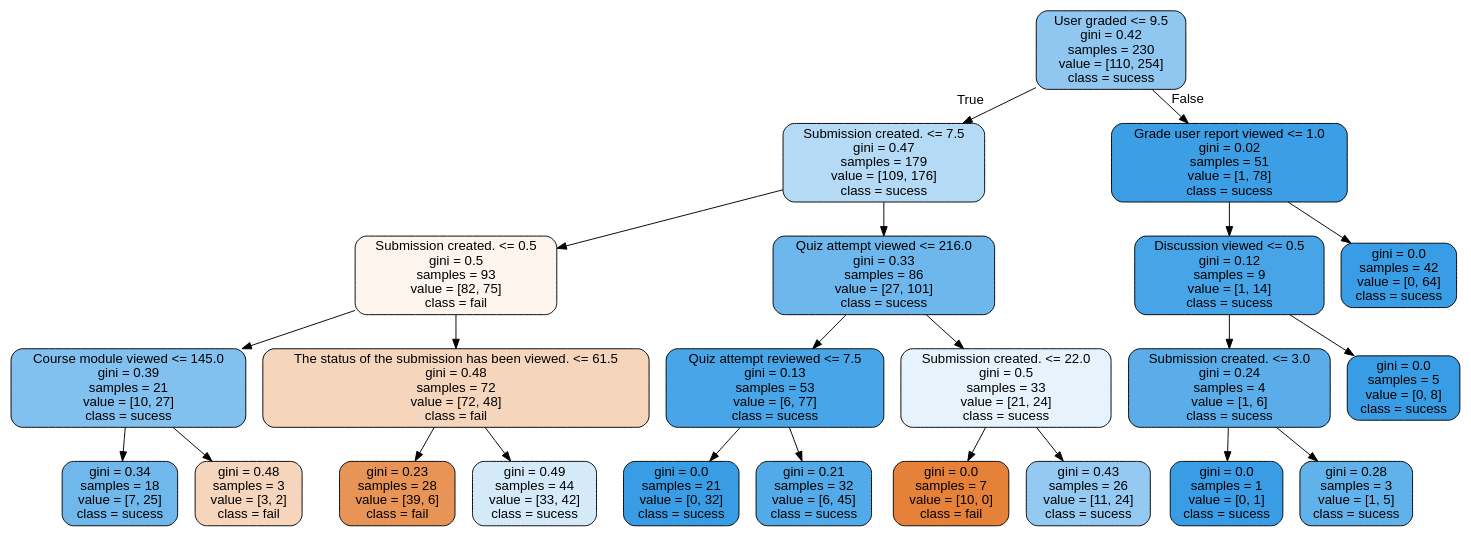
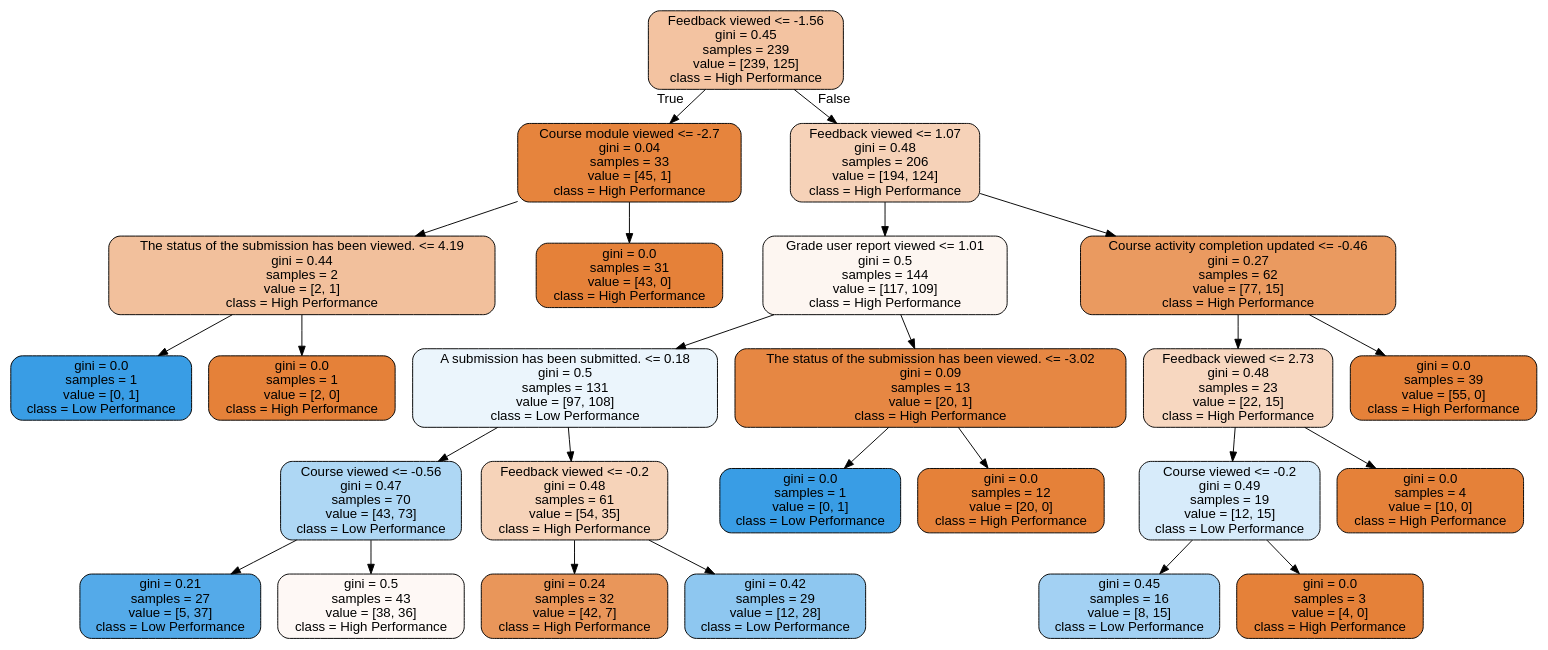
Before and after one commit to gevatanesyan/capstone: the diagram in All/tree.dot, drawn with Graphviz. The commit also changed 8 other files, not shown here.

```diff
--- a/All/tree.dot
+++ b/All/tree.dot
@@ -1,49 +1,53 @@
 digraph Tree {
 node [shape=box, style="filled, rounded", color="black", fontname=helvetica] ;
 edge [fontname=helvetica] ;
-0 [label="User graded <= 9.5\ngini = 0.42\nsamples = 230\nvalue = [110, 254]\nclass = sucess", fillcolor="#8fc7f0"] ;
-1 [label="Submission created. <= 7.5\ngini = 0.47\nsamples = 179\nvalue = [109, 176]\nclass = sucess", fillcolor="#b4daf5"] ;
+0 [label="Feedback viewed <= -1.56\ngini = 0.45\nsamples = 239\nvalue = [239, 125]\nclass = High Performance", fillcolor="#f3c3a1"] ;
+1 [label="Course module viewed <= -2.7\ngini = 0.04\nsamples = 33\nvalue = [45, 1]\nclass = High Performance", fillcolor="#e6843d"] ;
 0 -> 1 [labeldistance=2.5, labelangle=45, headlabel="True"] ;
-2 [label="Submission created. <= 0.5\ngini = 0.5\nsamples = 93\nvalue = [82, 75]\nclass = fail", fillcolor="#fdf4ee"] ;
+2 [label="The status of the submission has been viewed. <= 4.19\ngini = 0.44\nsamples = 2\nvalue = [2, 1]\nclass = High Performance", fillcolor="#f2c09c"] ;
 1 -> 2 ;
-3 [label="Course module viewed <= 145.0\ngini = 0.39\nsamples = 21\nvalue = [10, 27]\nclass = sucess", fillcolor="#82c1ef"] ;
+3 [label="gini = 0.0\nsamples = 1\nvalue = [0, 1]\nclass = Low Performance", fillcolor="#399de5"] ;
 2 -> 3 ;
-4 [label="gini = 0.34\nsamples = 18\nvalue = [7, 25]\nclass = sucess", fillcolor="#70b8ec"] ;
-3 -> 4 ;
-5 [label="gini = 0.48\nsamples = 3\nvalue = [3, 2]\nclass = fail", fillcolor="#f6d5bd"] ;
-3 -> 5 ;
-6 [label="The status of the submission has been viewed. <= 61.5\ngini = 0.48\nsamples = 72\nvalue = [72, 48]\nclass = fail", fillcolor="#f6d5bd"] ;
-2 -> 6 ;
-7 [label="gini = 0.23\nsamples = 28\nvalue = [39, 6]\nclass = fail", fillcolor="#e99457"] ;
+4 [label="gini = 0.0\nsamples = 1\nvalue = [2, 0]\nclass = High Performance", fillcolor="#e58139"] ;
+2 -> 4 ;
+5 [label="gini = 0.0\nsamples = 31\nvalue = [43, 0]\nclass = High Performance", fillcolor="#e58139"] ;
+1 -> 5 ;
+6 [label="Feedback viewed <= 1.07\ngini = 0.48\nsamples = 206\nvalue = [194, 124]\nclass = High Performance", fillcolor="#f6d2b8"] ;
+0 -> 6 [labeldistance=2.5, labelangle=-45, headlabel="False"] ;
+7 [label="Grade user report viewed <= 1.01\ngini = 0.5\nsamples = 144\nvalue = [117, 109]\nclass = High Performance", fillcolor="#fdf6f1"] ;
 6 -> 7 ;
-8 [label="gini = 0.49\nsamples = 44\nvalue = [33, 42]\nclass = sucess", fillcolor="#d5eaf9"] ;
-6 -> 8 ;
-9 [label="Quiz attempt viewed <= 216.0\ngini = 0.33\nsamples = 86\nvalue = [27, 101]\nclass = sucess", fillcolor="#6eb7ec"] ;
-1 -> 9 ;
-10 [label="Quiz attempt reviewed <= 7.5\ngini = 0.13\nsamples = 53\nvalue = [6, 77]\nclass = sucess", fillcolor="#48a5e7"] ;
+8 [label="A submission has been submitted. <= 0.18\ngini = 0.5\nsamples = 131\nvalue = [97, 108]\nclass = Low Performance", fillcolor="#ebf5fc"] ;
+7 -> 8 ;
+9 [label="Course viewed <= -0.56\ngini = 0.47\nsamples = 70\nvalue = [43, 73]\nclass = Low Performance", fillcolor="#aed7f4"] ;
+8 -> 9 ;
+10 [label="gini = 0.21\nsamples = 27\nvalue = [5, 37]\nclass = Low Performance", fillcolor="#54aae9"] ;
 9 -> 10 ;
-11 [label="gini = 0.0\nsamples = 21\nvalue = [0, 32]\nclass = sucess", fillcolor="#399de5"] ;
-10 -> 11 ;
-12 [label="gini = 0.21\nsamples = 32\nvalue = [6, 45]\nclass = sucess", fillcolor="#53aae8"] ;
-10 -> 12 ;
-13 [label="Submission created. <= 22.0\ngini = 0.5\nsamples = 33\nvalue = [21, 24]\nclass = sucess", fillcolor="#e6f3fc"] ;
-9 -> 13 ;
-14 [label="gini = 0.0\nsamples = 7\nvalue = [10, 0]\nclass = fail", fillcolor="#e58139"] ;
-13 -> 14 ;
-15 [label="gini = 0.43\nsamples = 26\nvalue = [11, 24]\nclass = sucess", fillcolor="#94caf1"] ;
-13 -> 15 ;
-16 [label="Grade user report viewed <= 1.0\ngini = 0.02\nsamples = 51\nvalue = [1, 78]\nclass = sucess", fillcolor="#3c9ee5"] ;
-0 -> 16 [labeldistance=2.5, labelangle=-45, headlabel="False"] ;
-17 [label="Discussion viewed <= 0.5\ngini = 0.12\nsamples = 9\nvalue = [1, 14]\nclass = sucess", fillcolor="#47a4e7"] ;
-16 -> 17 ;
-18 [label="Submission created. <= 3.0\ngini = 0.24\nsamples = 4\nvalue = [1, 6]\nclass = sucess", fillcolor="#5aade9"] ;
-17 -> 18 ;
-19 [label="gini = 0.0\nsamples = 1\nvalue = [0, 1]\nclass = sucess", fillcolor="#399de5"] ;
+11 [label="gini = 0.5\nsamples = 43\nvalue = [38, 36]\nclass = High Performance", fillcolor="#fef8f5"] ;
+9 -> 11 ;
+12 [label="Feedback viewed <= -0.2\ngini = 0.48\nsamples = 61\nvalue = [54, 35]\nclass = High Performance", fillcolor="#f6d3b9"] ;
+8 -> 12 ;
+13 [label="gini = 0.24\nsamples = 32\nvalue = [42, 7]\nclass = High Performance", fillcolor="#e9965a"] ;
+12 -> 13 ;
+14 [label="gini = 0.42\nsamples = 29\nvalue = [12, 28]\nclass = Low Performance", fillcolor="#8ec7f0"] ;
+12 -> 14 ;
+15 [label="The status of the submission has been viewed. <= -3.02\ngini = 0.09\nsamples = 13\nvalue = [20, 1]\nclass = High Performance", fillcolor="#e68743"] ;
+7 -> 15 ;
+16 [label="gini = 0.0\nsamples = 1\nvalue = [0, 1]\nclass = Low Performance", fillcolor="#399de5"] ;
+15 -> 16 ;
+17 [label="gini = 0.0\nsamples = 12\nvalue = [20, 0]\nclass = High Performance", fillcolor="#e58139"] ;
+15 -> 17 ;
+18 [label="Course activity completion updated <= -0.46\ngini = 0.27\nsamples = 62\nvalue = [77, 15]\nclass = High Performance", fillcolor="#ea9a60"] ;
+6 -> 18 ;
+19 [label="Feedback viewed <= 2.73\ngini = 0.48\nsamples = 23\nvalue = [22, 15]\nclass = High Performance", fillcolor="#f7d7c0"] ;
 18 -> 19 ;
-20 [label="gini = 0.28\nsamples = 3\nvalue = [1, 5]\nclass = sucess", fillcolor="#61b1ea"] ;
-18 -> 20 ;
-21 [label="gini = 0.0\nsamples = 5\nvalue = [0, 8]\nclass = sucess", fillcolor="#399de5"] ;
-17 -> 21 ;
-22 [label="gini = 0.0\nsamples = 42\nvalue = [0, 64]\nclass = sucess", fillcolor="#399de5"] ;
-16 -> 22 ;
+20 [label="Course viewed <= -0.2\ngini = 0.49\nsamples = 19\nvalue = [12, 15]\nclass = Low Performance", fillcolor="#d7ebfa"] ;
+19 -> 20 ;
+21 [label="gini = 0.45\nsamples = 16\nvalue = [8, 15]\nclass = Low Performance", fillcolor="#a3d1f3"] ;
+20 -> 21 ;
+22 [label="gini = 0.0\nsamples = 3\nvalue = [4, 0]\nclass = High Performance", fillcolor="#e58139"] ;
+20 -> 22 ;
+23 [label="gini = 0.0\nsamples = 4\nvalue = [10, 0]\nclass = High Performance", fillcolor="#e58139"] ;
+19 -> 23 ;
+24 [label="gini = 0.0\nsamples = 39\nvalue = [55, 0]\nclass = High Performance", fillcolor="#e58139"] ;
+18 -> 24 ;
 }
```
